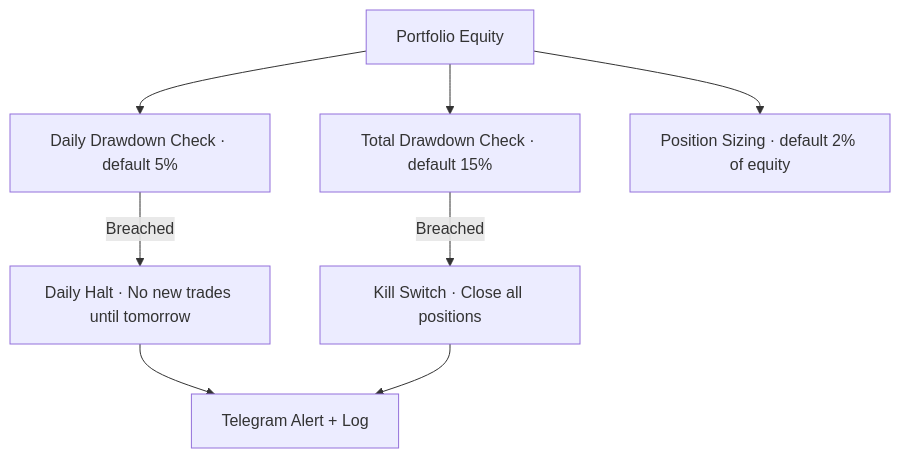
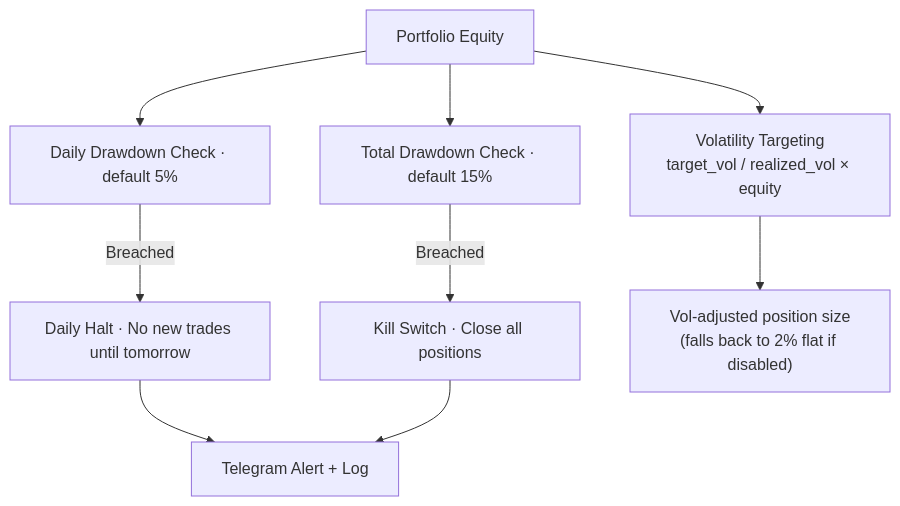
One commit to sherifconteh-collab/Zulubot changed the fourth of 5 diagrams in README.md. Above: the diagram before and after it, drawn with Mermaid. The commit also changed other lines of this file and 1 other file, not shown here.

First line of the commit message:
Update README and .env.example for volatility targeting

````diff
--- a/README.md
+++ b/README.md
@@ -198,15 +244,16 @@
 ```mermaid
 graph TD
     EQUITY["Portfolio Equity"]
 
     EQUITY --> DD_DAILY["Daily Drawdown Check · default 5%"]
     EQUITY --> DD_TOTAL["Total Drawdown Check · default 15%"]
 
     DD_DAILY -->|"Breached"| HALT["Daily Halt · No new trades until tomorrow"]
     DD_TOTAL -->|"Breached"| KILL["Kill Switch · Close all positions"]
 
-    EQUITY --> POS_SIZE["Position Sizing · default 2% of equity"]
+    EQUITY --> VOL_TARGET["Volatility Targeting\ntarget_vol / realized_vol × equity"]
+    VOL_TARGET --> POS_SIZE["Vol-adjusted position size\n(falls back to 2% flat if disabled)"]
 
     HALT --> LOG["Telegram Alert + Log"]
     KILL --> LOG
 ```
````
